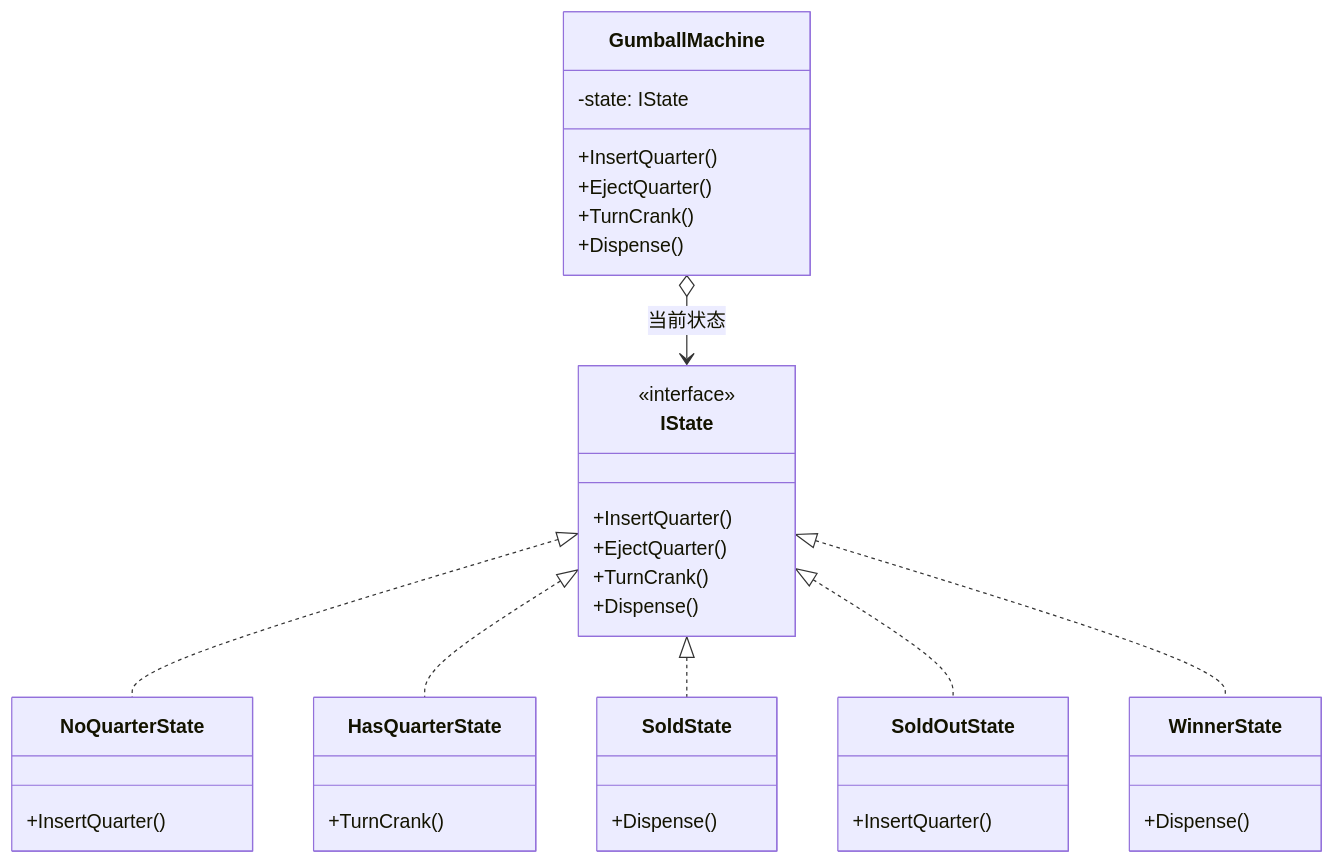
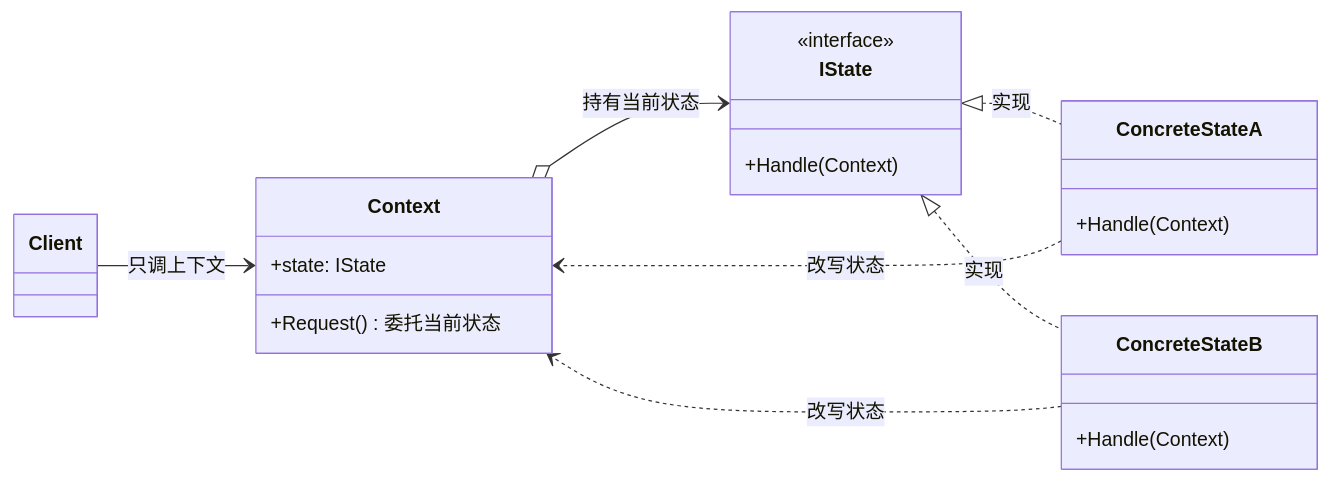
The first of 3 diagrams in StatePattern/README.md (hollson/design_patterns), drawn with Mermaid before and after one commit. The commit also changed other lines of this file and 143 other files, not shown here.

````diff
--- a/StatePattern/README.md
+++ b/StatePattern/README.md
@@ -58,39 +17,26 @@
 ```mermaid
 classDiagram
-    class GumballMachine {
-        -state: IState
-        +InsertQuarter()
-        +EjectQuarter()
-        +TurnCrank()
-        +Dispense()
+    direction LR
+    class Context {
+        +state: IState
+        +Request() 委托当前状态
     }
     class IState {
         <<interface>>
-        +InsertQuarter()
-        +EjectQuarter()
-        +TurnCrank()
-        +Dispense()
+        +Handle(Context)
     }
-    class NoQuarterState {
-        +InsertQuarter()
+    class ConcreteStateA {
+        +Handle(Context)
     }
-    class HasQuarterState {
-        +TurnCrank()
+    class ConcreteStateB {
+        +Handle(Context)
     }
-    class SoldState {
-        +Dispense()
-    }
-    class SoldOutState {
-        +InsertQuarter()
-    }
-    class WinnerState {
-        +Dispense()
-    }
+    class Client
 
-    GumballMachine o--> IState : 当前状态
-    IState <|.. NoQuarterState
-    IState <|.. HasQuarterState
-    IState <|.. SoldState
-    IState <|.. SoldOutState
-    IState <|.. WinnerState
+    Client --> Context : 只调上下文
+    Context o--> IState : 持有当前状态
+    IState <|.. ConcreteStateA : 实现
+    IState <|.. ConcreteStateB : 实现
+    ConcreteStateA ..> Context : 改写状态
+    ConcreteStateB ..> Context : 改写状态
 ```
````
